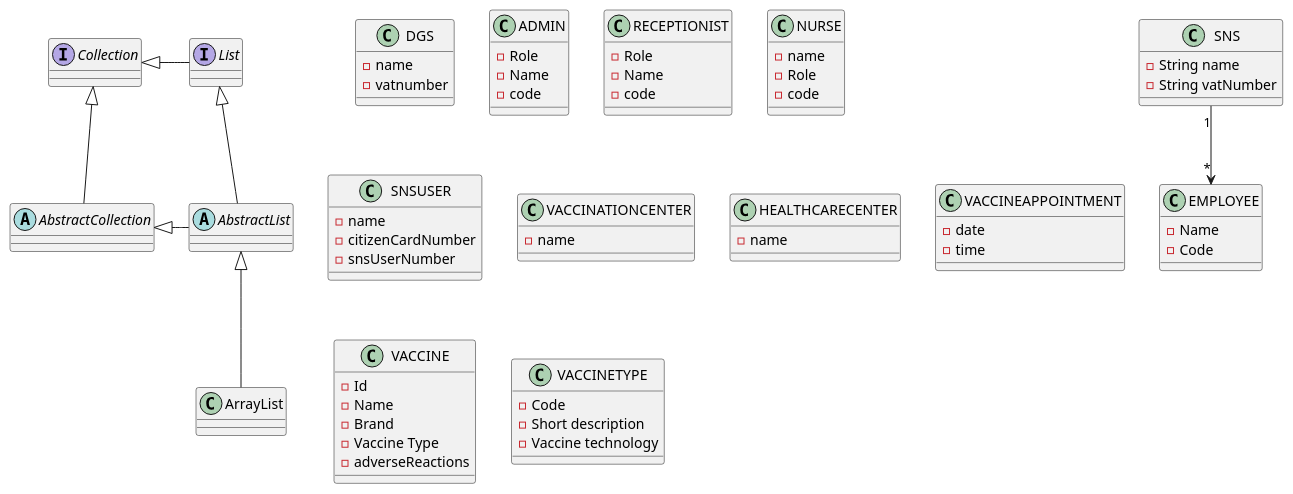
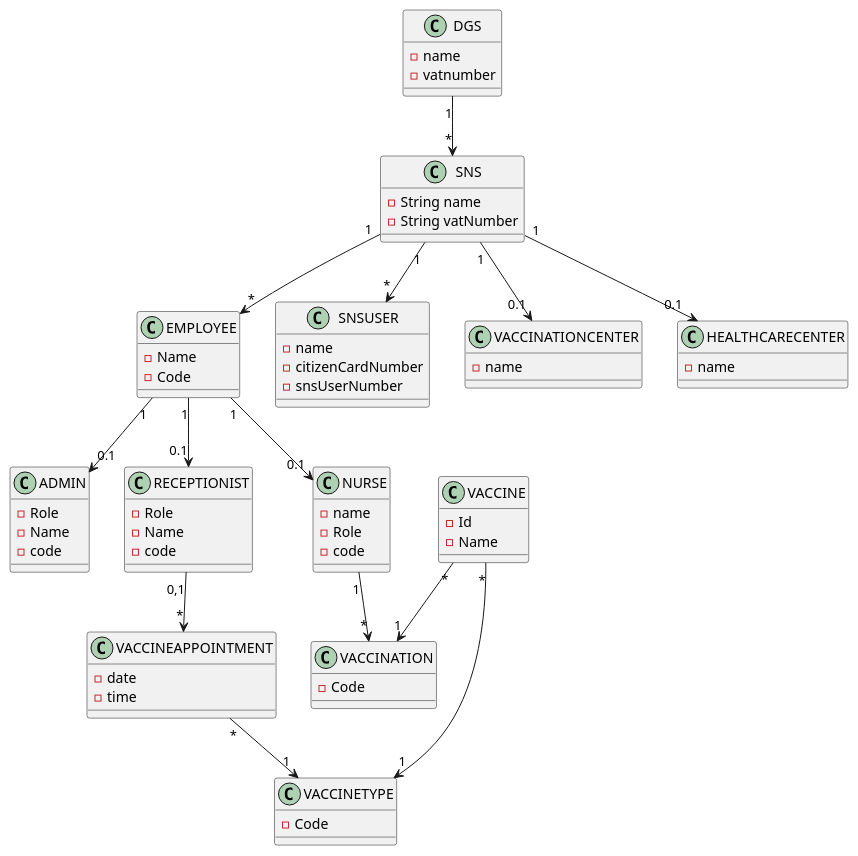
Before and after one commit to veracunha12/BaseDadosDomain: the diagram in src/main/puml/DomainBase/dados.puml, drawn with PlantUML.

```diff
--- a/src/main/puml/DomainBase/dados.puml
+++ b/src/main/puml/DomainBase/dados.puml
@@ -1,89 +1,92 @@
 @startuml
 'https://plantuml.com/class-diagram
 
-abstract class AbstractList
-abstract AbstractCollection
-interface List
-interface Collection
 
-List <|-- AbstractList
-Collection <|-- AbstractCollection
 
-Collection <|- List
-AbstractCollection <|- AbstractList
-AbstractList <|-- ArrayList
 
-SNS "1" --> "*" EMPLOYEE
+
 
 
 class DGS {
     - name
     - vatnumber
 
 }
 
 class SNS {
     - String name
     - String vatNumber
 
 }
 class EMPLOYEE {
 -Name
 -Code
 }
 class ADMIN {
 -Role
 -Name
 -code
 }
 class RECEPTIONIST {
 -Role
 -Name
 -code
 
 }
 
 class NURSE {
    -name
    -Role
    -code
 
 
 }
 class SNSUSER {
 
 - name
 - citizenCardNumber
 - snsUserNumber
 
 }
 class VACCINATIONCENTER {
 -name
 
 }
 class HEALTHCARECENTER {
 -name
 
 }
 
 class VACCINEAPPOINTMENT {
 - date
 - time
 
 }
 class VACCINE {
 -Id
 -Name
--Brand
--Vaccine Type
--adverseReactions
+
 }
 class VACCINETYPE{
  -Code
- -Short description
- -Vaccine technology
+}
+class VACCINATION{
+ -Code
 }
 
 
 
+DGS "1" --> "*" SNS
+SNS "1" --> "*" EMPLOYEE
+SNS "1" --> "*" SNSUSER
+EMPLOYEE  "1" --> "0.1" RECEPTIONIST
+EMPLOYEE  "1" --> "0.1" NURSE
+EMPLOYEE  "1" --> "0.1" ADMIN
+SNS "1" --> "0.1" VACCINATIONCENTER
+SNS "1" --> "0.1" HEALTHCARECENTER
+NURSE "1" --> "*" VACCINATION
+RECEPTIONIST"0,1" --> "*" VACCINEAPPOINTMENT
+VACCINEAPPOINTMENT"*" --> "1" VACCINETYPE
+VACCINE"*" --> "1" VACCINETYPE
+VACCINE"*" --> "1" VACCINATION
 @enduml
```
